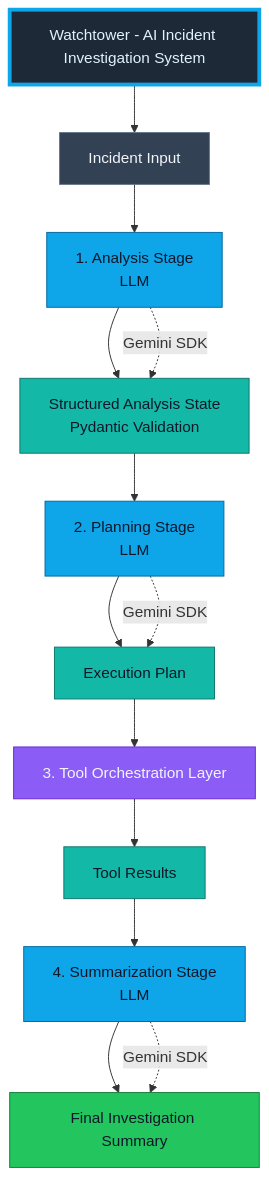
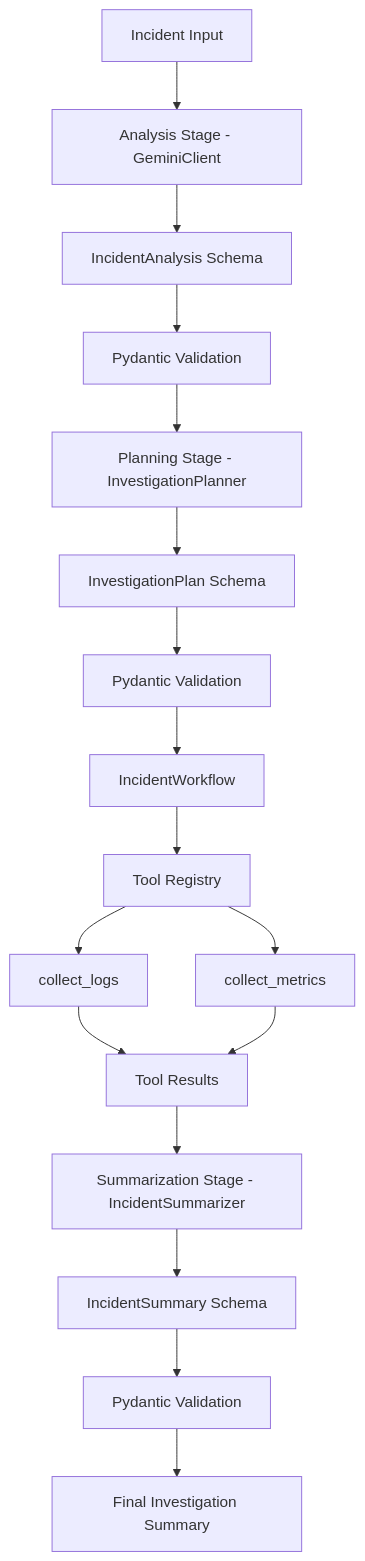
One commit to Raktabhbhattacharjee/watchtower changed the diagram in README.md. Above: the diagram before and after it, drawn with Mermaid. The commit also changed other lines of this file and 3 other files, not shown here.

Commit message:
document agentic workflow architecture and orchestration patterns

````diff
--- a/README.md
+++ b/README.md
@@ -30,32 +30,29 @@
 ```mermaid
 flowchart TD
-    Title[Watchtower - AI Incident Investigation System]
 
-    Title --> A[Incident Input]
-    A --> B[1. Analysis Stage\nLLM]
-    B --> C[Structured Analysis State\nPydantic Validation]
-    C --> D[2. Planning Stage\nLLM]
-    D --> E[Execution Plan]
-    E --> F[3. Tool Orchestration Layer]
-    F --> G[Tool Results]
-    G --> H[4. Summarization Stage\nLLM]
-    H --> I[Final Investigation Summary]
+    A[Incident Input] --> B[Analysis Stage - GeminiClient]
 
-    classDef title fill:#1E2937,stroke:#0EA5E9,stroke-width:4px,color:#E0F2FE
-    classDef input fill:#334155,stroke:#64748B,color:#F1F5F9
-    classDef llm fill:#0EA5E9,stroke:#0369A1,color:#0F172A
-    classDef state fill:#14B8A6,stroke:#0F766E,color:#0F172A
-    classDef tools fill:#8B5CF6,stroke:#6D28D9,color:#F1F5F9
-    classDef final fill:#22C55E,stroke:#15803D,color:#0F172A
+    B --> C[IncidentAnalysis Schema]
+    C --> D[Pydantic Validation]
 
-    class Title title
-    class A input
-    class B,D,H llm
-    class C,E,G state
-    class F tools
-    class I final
+    D --> E[Planning Stage - InvestigationPlanner]
 
-    B -. "Gemini SDK" .-> C
-    D -. "Gemini SDK" .-> E
-    H -. "Gemini SDK" .-> I
+    E --> F[InvestigationPlan Schema]
+    F --> G[Pydantic Validation]
+
+    G --> H[IncidentWorkflow]
+
+    H --> I[Tool Registry]
+
+    I --> J[collect_logs]
+    I --> K[collect_metrics]
+
+    J --> L[Tool Results]
+    K --> L
+
+    L --> M[Summarization Stage - IncidentSummarizer]
+
+    M --> N[IncidentSummary Schema]
+    N --> O[Pydantic Validation]
+     O --> P[Final Investigation Summary]
 ```
````
